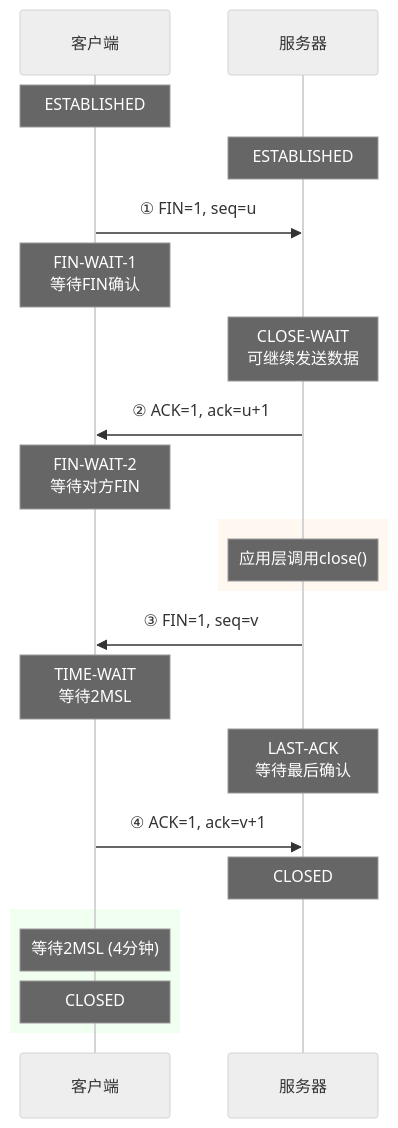
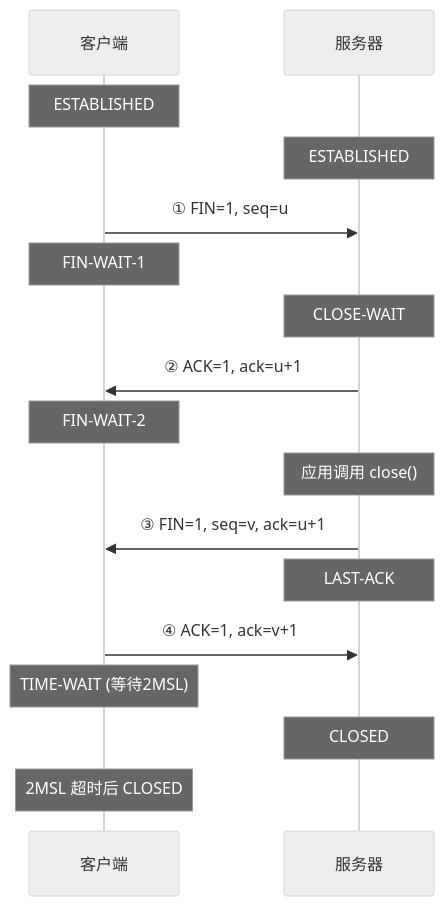
Before and after one commit to Dtheme/CS-base: the third of 6 diagrams in 计算机网络/3.4传输层：TCP协议基础.md, drawn with Mermaid (neutral theme). The commit also changed other lines of this file and 51 other files, not shown here.

````diff
--- a/计算机网络/3.4传输层：TCP协议基础.md
+++ b/计算机网络/3.4传输层：TCP协议基础.md
@@ -361,31 +340,19 @@
 ```mermaid
 sequenceDiagram
     participant C as 客户端
     participant S as 服务器
-    
     Note over C: ESTABLISHED
     Note over S: ESTABLISHED
-    
     C->>S: ① FIN=1, seq=u
-    Note over C: FIN-WAIT-1<br/>等待FIN确认
-    Note over S: CLOSE-WAIT<br/>可继续发送数据
-    
+    Note over C: FIN-WAIT-1
+    Note over S: CLOSE-WAIT
     S->>C: ② ACK=1, ack=u+1
-    Note over C: FIN-WAIT-2<br/>等待对方FIN
-    
-    rect rgb(255, 248, 240)
-        Note over S: 应用层调用close()
-    end
-    
-    S->>C: ③ FIN=1, seq=v
-    Note over C: TIME-WAIT<br/>等待2MSL
-    Note over S: LAST-ACK<br/>等待最后确认
-    
+    Note over C: FIN-WAIT-2
+    Note over S: 应用调用 close()
+    S->>C: ③ FIN=1, seq=v, ack=u+1
+    Note over S: LAST-ACK
     C->>S: ④ ACK=1, ack=v+1
+    Note over C: TIME-WAIT (等待2MSL)
     Note over S: CLOSED
-    
-    rect rgb(240, 255, 240)
-        Note over C: 等待2MSL (4分钟)
-        Note over C: CLOSED
-    end
+    Note over C: 2MSL 超时后 CLOSED
 ```
````
